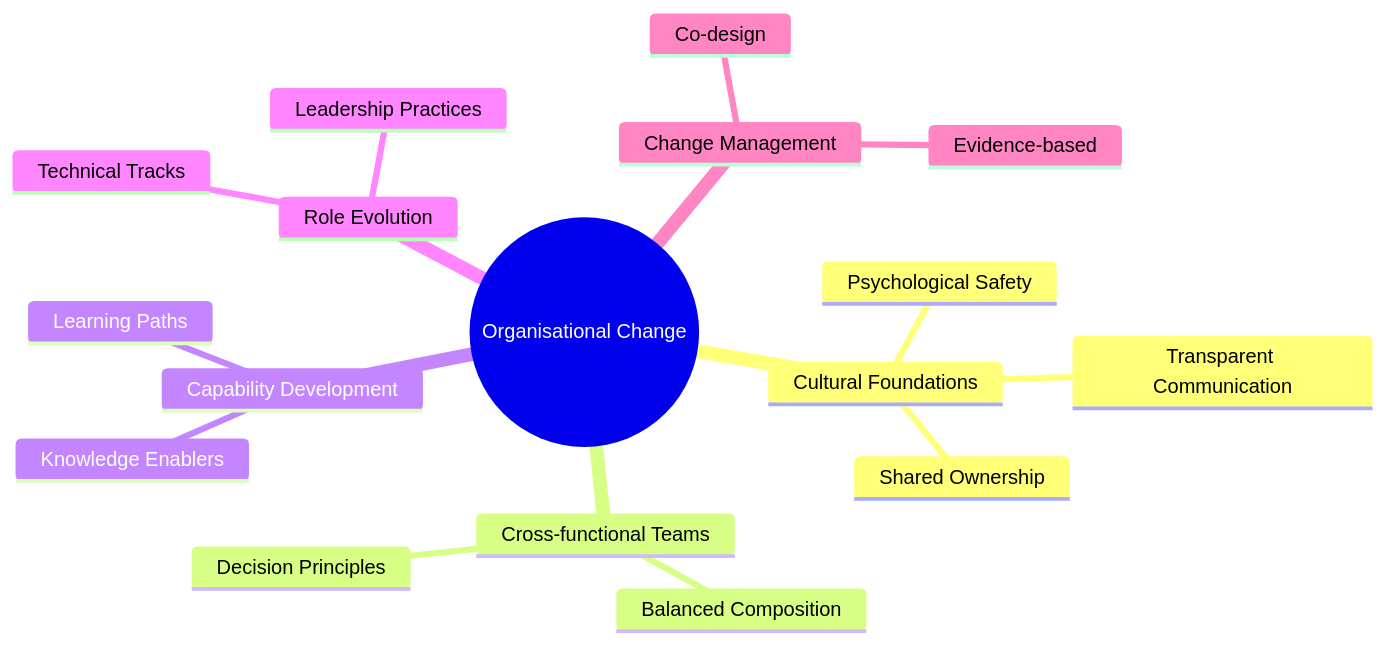
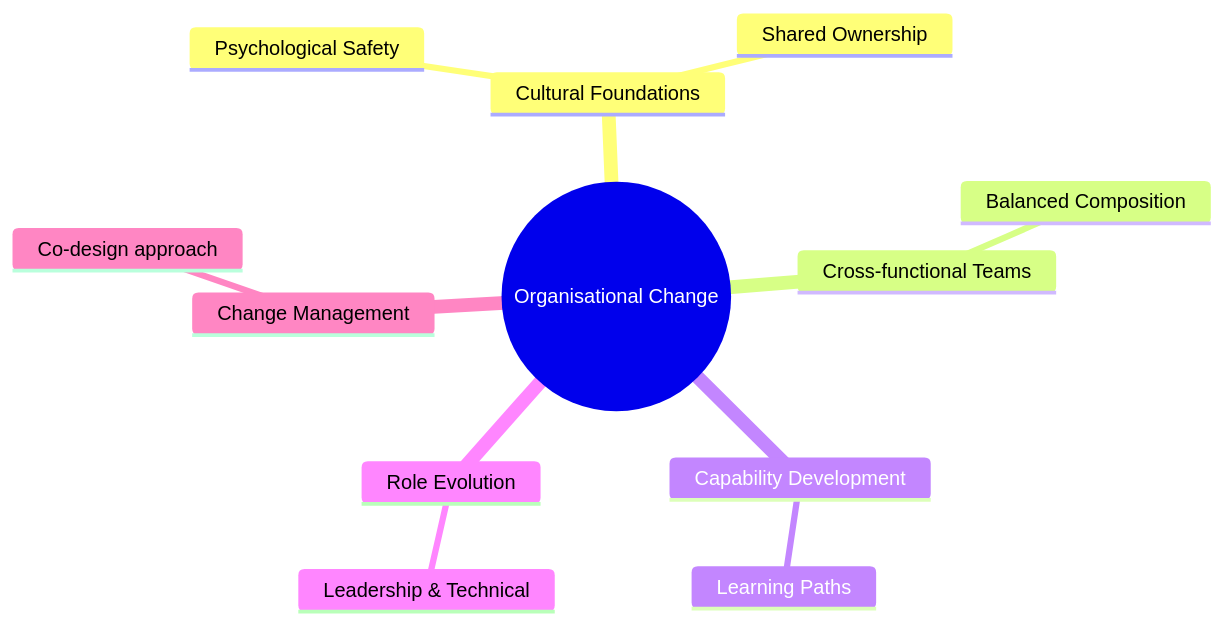
Before and after one commit to Geonitab/architecture_as_code: the diagram in docs/images/mindmap_17_organization.mmd, drawn with Mermaid. The commit also changed 10 other files, not shown here.

First line of the commit message:
Simplify complex diagrams to improve readability

```diff
--- a/docs/images/mindmap_17_organization.mmd
+++ b/docs/images/mindmap_17_organization.mmd
@@ -1,18 +1,13 @@
 mindmap
   root((Organisational Change))
     Cultural Foundations
       Psychological Safety
       Shared Ownership
-      Transparent Communication
     Cross-functional Teams
       Balanced Composition
-      Decision Principles
     Capability Development
       Learning Paths
-      Knowledge Enablers
     Role Evolution
-      Leadership Practices
-      Technical Tracks
+      Leadership & Technical
     Change Management
-      Co-design
-      Evidence-based
+      Co-design approach
```
